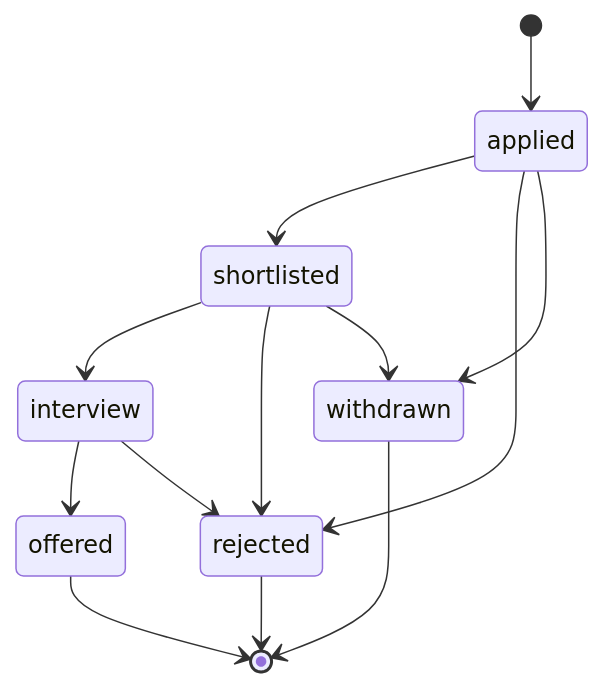
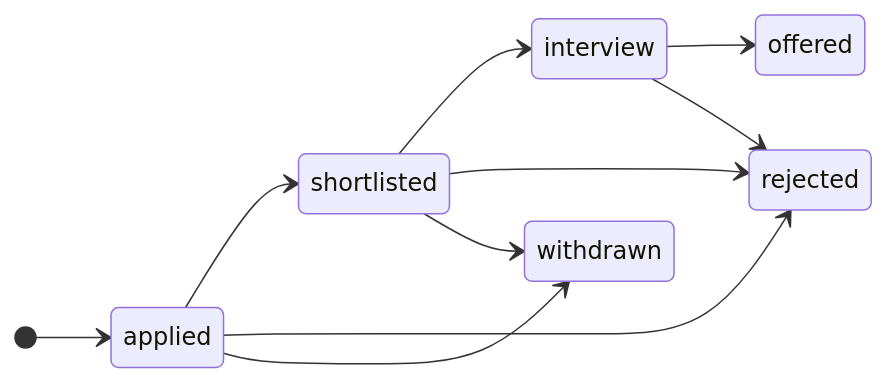
The third of 3 diagrams in README.md (krit566/campus-recruitment-api), drawn with Mermaid before and after one commit. The commit also changed other lines of this file and 2 other files, not shown here.

````diff
--- a/README.md
+++ b/README.md
@@ -77,15 +131,13 @@
 ```mermaid
 stateDiagram-v2
+  direction LR
   [*] --> applied
   applied --> shortlisted
   applied --> rejected
   applied --> withdrawn
   shortlisted --> interview
   shortlisted --> rejected
   shortlisted --> withdrawn
   interview --> offered
   interview --> rejected
-  offered --> [*]
-  rejected --> [*]
-  withdrawn --> [*]
 ```
````
